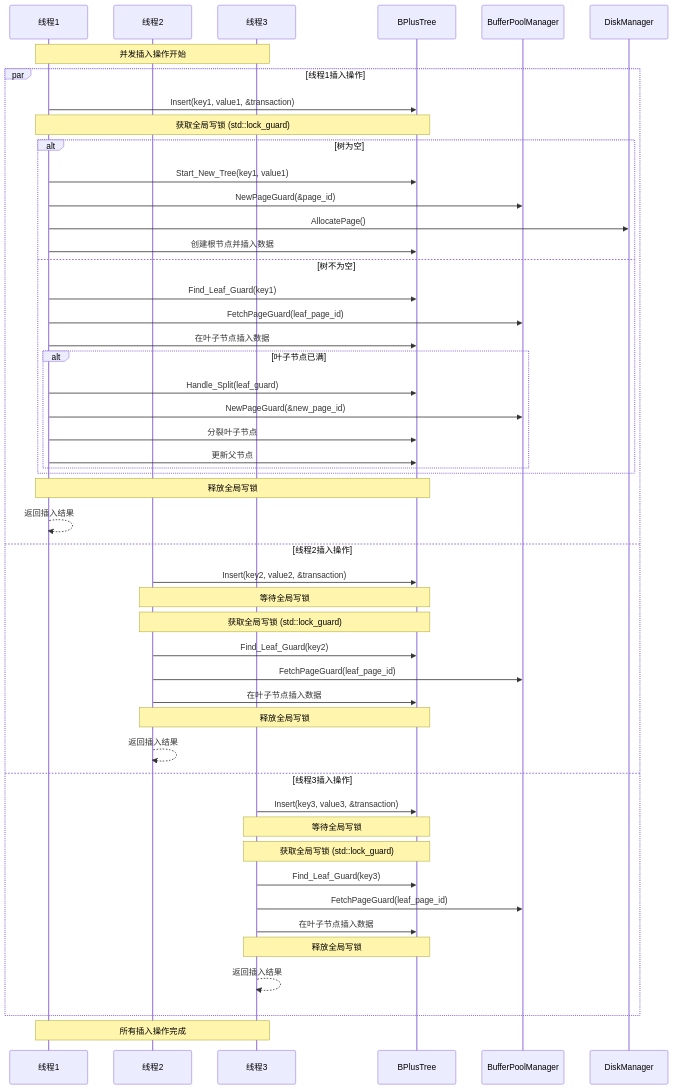
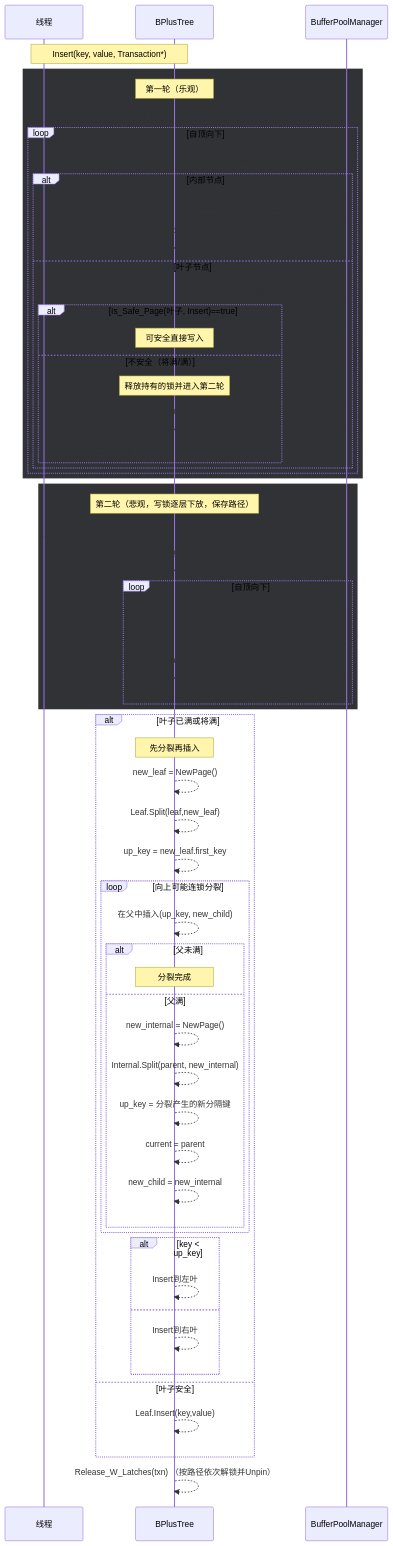
The diagram in doc/并发插入流程图.md (870255728/bptree), drawn with Mermaid before and after one commit. The commit also changed other lines of this file and 16 other files, not shown here.

Commit message:
latch crabbing and transaction

````diff
--- a/doc/并发插入流程图.md
+++ b/doc/并发插入流程图.md
@@ -3,54 +3,67 @@
 ```mermaid
 sequenceDiagram
-    participant T1 as 线程1
-    participant T2 as 线程2
-    participant T3 as 线程3
+    participant T as 线程
     participant BPT as BPlusTree
     participant BPM as BufferPoolManager
-    participant DM as DiskManager
-    
-    Note over T1,T3: 并发插入操作开始
-    
-    par 线程1插入操作
-        T1->>BPT: Insert(key1, value1, &transaction)
-        Note over T1,BPT: 获取全局写锁 (std::lock_guard)
-        alt 树为空
-            T1->>BPT: Start_New_Tree(key1, value1)
-            T1->>BPM: NewPageGuard(&page_id)
-            T1->>DM: AllocatePage()
-            T1->>BPT: 创建根节点并插入数据
-        else 树不为空
-            T1->>BPT: Find_Leaf_Guard(key1)
-            T1->>BPM: FetchPageGuard(leaf_page_id)
-            T1->>BPT: 在叶子节点插入数据
-            alt 叶子节点已满
-                T1->>BPT: Handle_Split(leaf_guard)
-                T1->>BPM: NewPageGuard(&new_page_id)
-                T1->>BPT: 分裂叶子节点
-                T1->>BPT: 更新父节点
+    Note over T, BPT: Insert(key, value, Transaction*)
+
+    rect rgb(48, 50, 54)
+        Note over BPT: 第一轮（乐观）
+        T ->> BPT: root_latch_.lock_shared()
+        loop 自顶向下
+            BPT ->> BPM: FetchPage(root/child)
+            alt 内部节点
+                BPT ->> BPM: RLatch(内部) 并释放父的读锁+Unpin
+                BPT -->> BPT: Internal.Lookup(key)
+            else 叶子节点
+                BPT ->> BPM: WLatch(叶子)
+                alt Is_Safe_Page(叶子, Insert)==true
+                    Note over BPT: 可安全直接写入
+                else 不安全（将满/满）
+                    Note over BPT: 释放持有的锁并进入第二轮
+                    BPT -->> BPT: Release_W_Latches(txn) / root_latch_.unlock_shared()
+                    BPT -->> T: 重启第二轮
+                end
             end
         end
-        Note over T1,BPT: 释放全局写锁
-        T1-->>T1: 返回插入结果
-    and 线程2插入操作
-        T2->>BPT: Insert(key2, value2, &transaction)
-        Note over T2,BPT: 等待全局写锁
-        Note over T2,BPT: 获取全局写锁 (std::lock_guard)
-        T2->>BPT: Find_Leaf_Guard(key2)
-        T2->>BPM: FetchPageGuard(leaf_page_id)
-        T2->>BPT: 在叶子节点插入数据
-        Note over T2,BPT: 释放全局写锁
-        T2-->>T2: 返回插入结果
-    and 线程3插入操作
-        T3->>BPT: Insert(key3, value3, &transaction)
-        Note over T3,BPT: 等待全局写锁
-        Note over T3,BPT: 获取全局写锁 (std::lock_guard)
-        T3->>BPT: Find_Leaf_Guard(key3)
-        T3->>BPM: FetchPageGuard(leaf_page_id)
-        T3->>BPT: 在叶子节点插入数据
-        Note over T3,BPT: 释放全局写锁
-        T3-->>T3: 返回插入结果
     end
-    
-    Note over T1,T3: 所有插入操作完成
+
+    rect rgb(48, 50, 54)
+        Note over BPT: 第二轮（悲观，写锁逐层下放，保存路径）
+        T ->> BPT: root_latch_.lock()
+        BPT -->> BPT: txn.AddToPageSet(nullptr)
+        loop 自顶向下
+            BPT ->> BPM: FetchPage(child);
+            BPT ->> BPM: WLatch(child);
+            BPT -->> BPT: txn.AddToPageSet(page)
+        end
+    end
+
+alt 叶子已满或将满
+Note over BPT: 先分裂再插入
+BPT-->>BPT: new_leaf = NewPage() ;
+BPT-->>BPT: Leaf.Split(leaf,new_leaf) ;
+BPT-->>BPT: up_key = new_leaf.first_key
+        loop 向上可能连锁分裂
+BPT-->>BPT: 在父中插入(up_key, new_child)
+alt 父未满
+Note over BPT: 分裂完成
+else 父满
+BPT-->>BPT: new_internal = NewPage()
+BPT-->>BPT: Internal.Split(parent, new_internal)
+BPT-->>BPT: up_key = 分裂产生的新分隔键
+BPT-->>BPT: current = parent
+BPT-->>BPT: new_child = new_internal
+end
+end
+alt key < up_key
+BPT-->>BPT: Insert到左叶
+else
+BPT-->>BPT: Insert到右叶
+end
+else 叶子安全
+BPT-->>BPT: Leaf.Insert(key,value)
+end
+
+BPT-->>BPT: Release_W_Latches(txn) （按路径依次解锁并Unpin）
 ```
````
